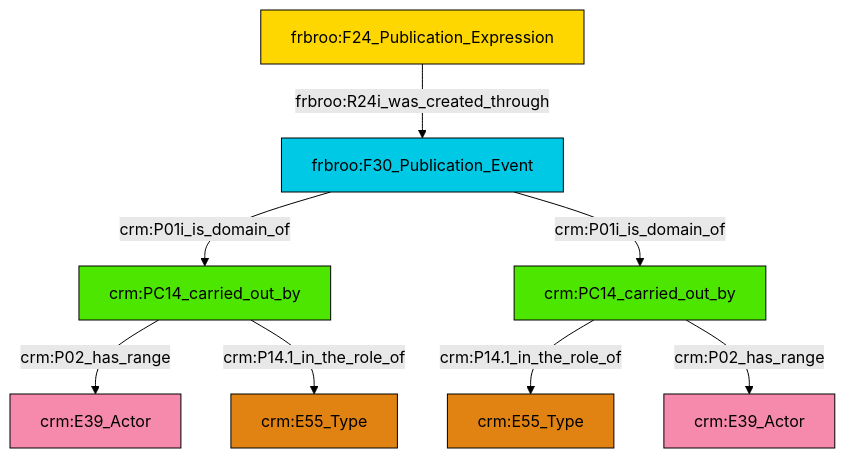
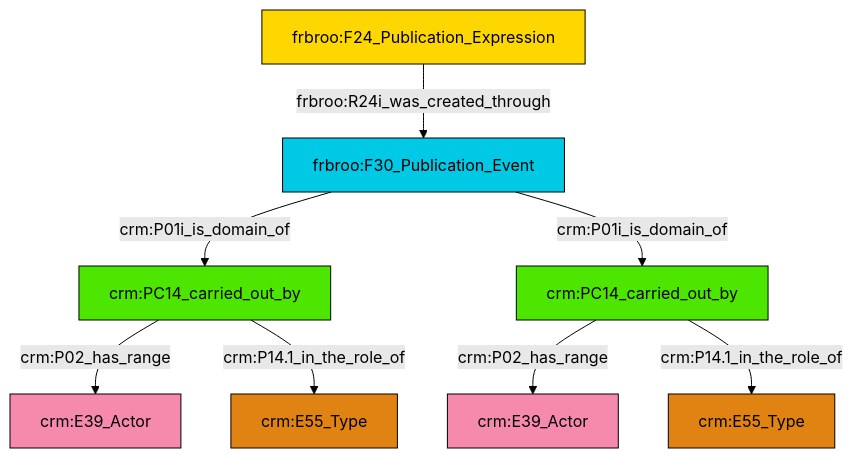
The diagram in et/biblioCSV/ttl/mmd/biblio_actor_relations.ttl.mmd (swiss-art-research-net/docs.swissartresearch), drawn with Mermaid (forest theme) before and after one commit. The commit also changed 177 other files, not shown here.

```diff
--- a/et/biblioCSV/ttl/mmd/biblio_actor_relations.ttl.mmd
+++ b/et/biblioCSV/ttl/mmd/biblio_actor_relations.ttl.mmd
@@ -1,22 +1,22 @@
 graph TD
 classDef Literal fill:#f2f2f2,stroke:#000000;
 classDef CRM_Entity fill:#FFFFFF,stroke:#000000;
 classDef Temporal_Entity fill:#00C9E6, stroke:#000000;
 classDef Type fill:#E18312, stroke:#000000;
 classDef Time-Span fill:#2C9C91, stroke:#000000;
 classDef Appellation fill:#FFEB7F, stroke:#000000;
 classDef Place fill:#008836, stroke:#000000;
 classDef Persistent_Item fill:#B266B2, stroke:#000000;
 classDef Conceptual_Object fill:#FFD700, stroke:#000000;
 classDef Physical_Thing fill:#D2B48C, stroke:#000000;
 classDef Actor fill:#f58aad, stroke:#000000;
 classDef PC_Classes fill:#4ce600, stroke:#000000;
 classDef Multi fill:#cccccc,stroke:#000000;
 
-2["crm:PC14_carried_out_by"]:::PC_Classes -->|crm:P14.1_in_the_role_of| 0["crm:E55_Type"]:::Type
-5["crm:PC14_carried_out_by"]:::PC_Classes -->|crm:P02_has_range| 6["crm:E39_Actor"]:::Actor
-10["frbroo:F30_Publication_Event"]:::Temporal_Entity -->|crm:P01i_is_domain_of| 5["crm:PC14_carried_out_by"]:::PC_Classes
-2["crm:PC14_carried_out_by"]:::PC_Classes -->|crm:P02_has_range| 12["crm:E39_Actor"]:::Actor
-8["frbroo:F24_Publication_Expression"]:::Conceptual_Object -->|frbroo:R24i_was_created_through| 10["frbroo:F30_Publication_Event"]:::Temporal_Entity
-10["frbroo:F30_Publication_Event"]:::Temporal_Entity -->|crm:P01i_is_domain_of| 2["crm:PC14_carried_out_by"]:::PC_Classes
-5["crm:PC14_carried_out_by"]:::PC_Classes -->|crm:P14.1_in_the_role_of| 3["crm:E55_Type"]:::Type
+0["crm:PC14_carried_out_by"]:::PC_Classes -->|crm:P02_has_range| 4["crm:E39_Actor"]:::Actor
+7["frbroo:F30_Publication_Event"]:::Temporal_Entity -->|crm:P01i_is_domain_of| 2["crm:PC14_carried_out_by"]:::PC_Classes
+2["crm:PC14_carried_out_by"]:::PC_Classes -->|crm:P02_has_range| 10["crm:E39_Actor"]:::Actor
+7["frbroo:F30_Publication_Event"]:::Temporal_Entity -->|crm:P01i_is_domain_of| 0["crm:PC14_carried_out_by"]:::PC_Classes
+2["crm:PC14_carried_out_by"]:::PC_Classes -->|crm:P14.1_in_the_role_of| 12["crm:E55_Type"]:::Type
+5["frbroo:F24_Publication_Expression"]:::Conceptual_Object -->|frbroo:R24i_was_created_through| 7["frbroo:F30_Publication_Event"]:::Temporal_Entity
+0["crm:PC14_carried_out_by"]:::PC_Classes -->|crm:P14.1_in_the_role_of| 14["crm:E55_Type"]:::Type
```
